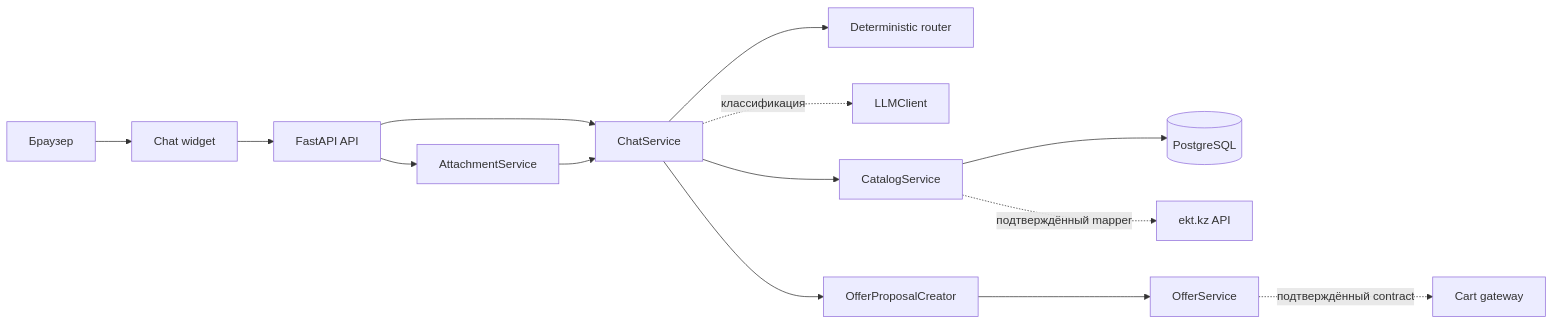
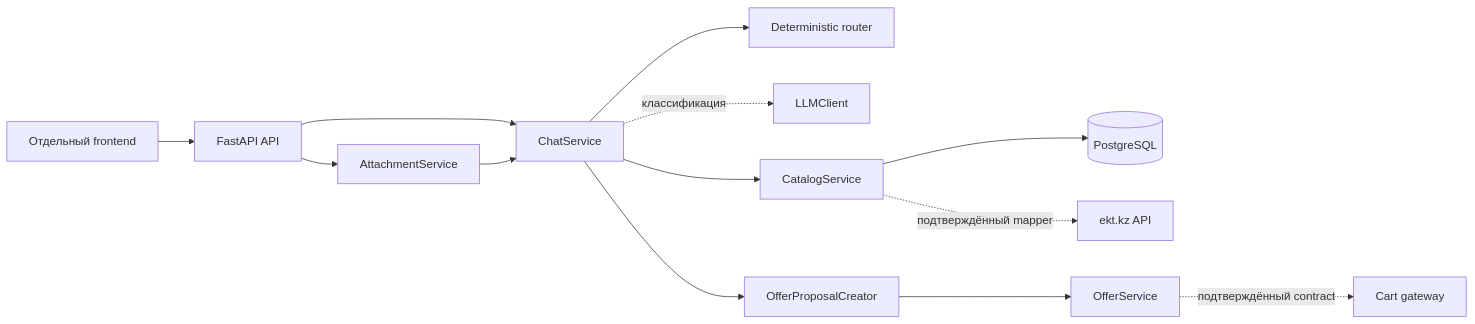
The first of 2 diagrams in README.md (BAITC-Hacks/hack-4cfe9779-k14), drawn with Mermaid before and after one commit. The commit also changed other lines of this file and 12 other files, not shown here.

Commit message:
Remove bundled frontend widget

````diff
--- a/README.md
+++ b/README.md
@@ -65,18 +65,17 @@
 ```mermaid
 flowchart LR
-    Browser["Браузер"] --> Widget["Chat widget"]
-    Widget --> API["FastAPI API"]
+    Browser["Отдельный frontend"] --> API["FastAPI API"]
 
     API --> Chat["ChatService"]
     Chat --> Router["Deterministic router"]
     Chat -. классификация .-> LLM["LLMClient"]
     Chat --> Catalog["CatalogService"]
     Chat --> Offers["OfferProposalCreator"]
 
     API --> Attachments["AttachmentService"]
     Attachments --> Chat
     Catalog --> Database[("PostgreSQL")]
     Catalog -. подтверждённый mapper .-> EKT["ekt.kz API"]
     Offers --> OfferService["OfferService"]
     OfferService -. подтверждённый contract .-> Cart["Cart gateway"]
 ```
````
